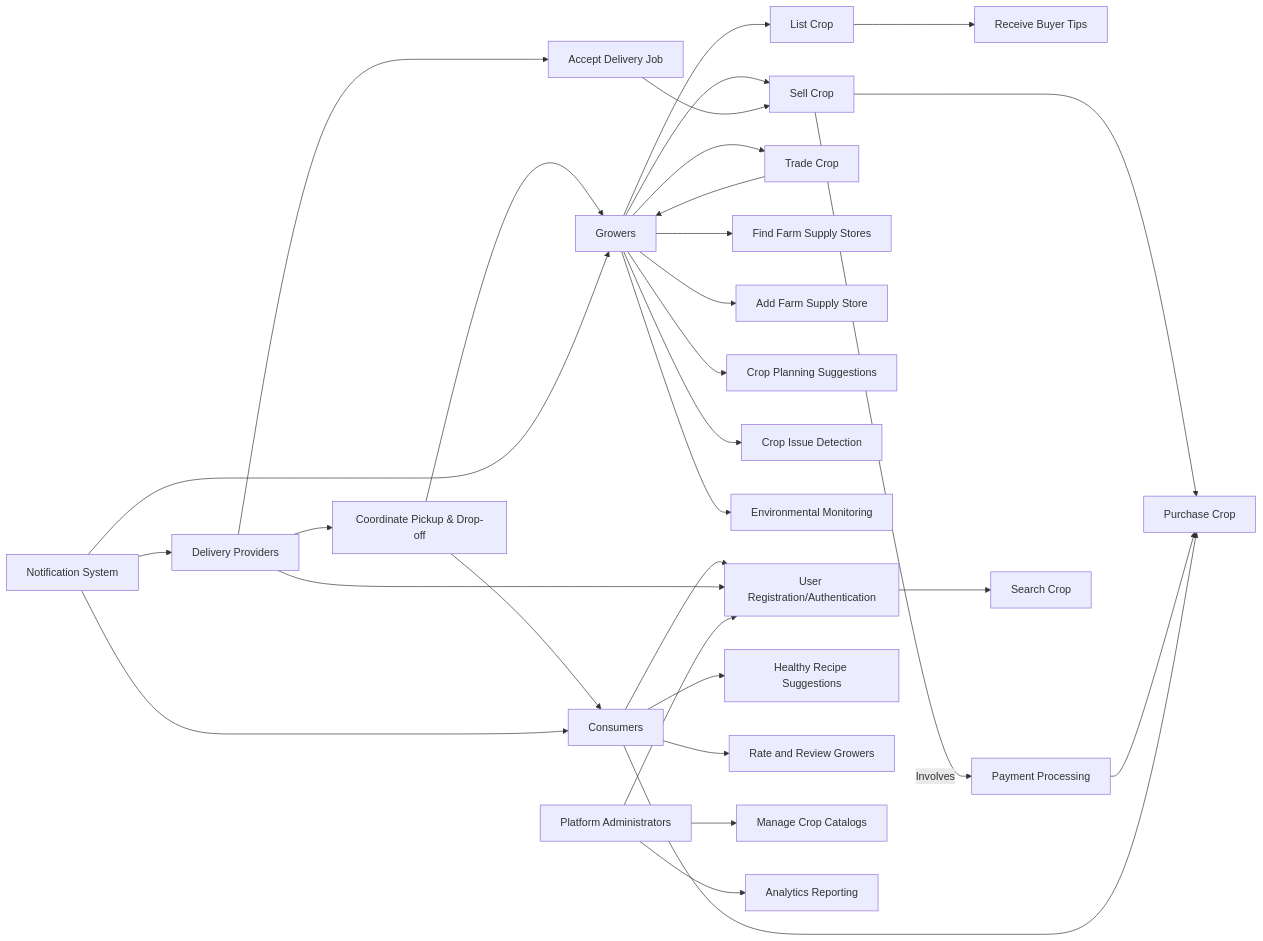
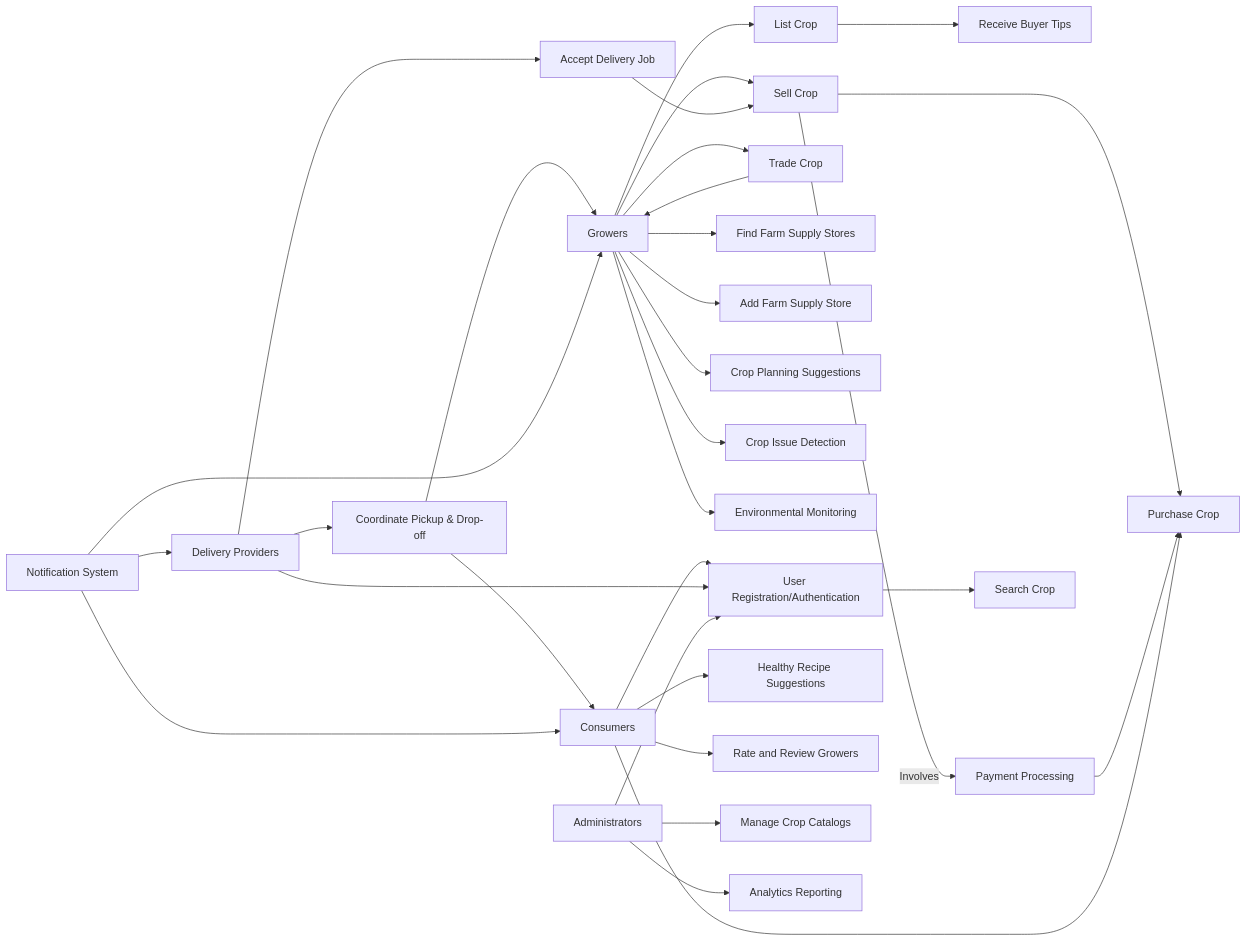
The first of 6 diagrams in README.md (harvesit/harvesit), drawn with Mermaid before and after one commit. The commit also changed other lines of this file, not shown here.

````diff
--- a/README.md
+++ b/README.md
@@ -133,39 +133,39 @@
 ```mermaid
 graph LR
     A[Growers] --> B1[List Crop]
     A --> B2[Sell Crop] 
     A --> B3[Trade Crop]
     A --> B4[Find Farm Supply Stores]
     A --> B5[Add Farm Supply Store]
     B1 --> B6[Receive Buyer Tips]
     A --> B7[Crop Planning Suggestions]
     A --> B8[Crop Issue Detection]
     A --> B9[Environmental Monitoring]
     B2 -->|Involves| P[Payment Processing]
     
     B2 --> D2[Purchase Crop]
     B3 --> A
     P --> D2
     
     F1[Accept Delivery Job] --> B2 
     F2[Coordinate Pickup & Drop-off] --> A
     
     C[Consumers] --> U[User Registration/Authentication]
     U --> D1[Search Crop]
     C --> D2
     C --> D3[Healthy Recipe Suggestions]  
     C --> D4[Rate and Review Growers]
     
     F2 --> C
     NS[Notification System] --> A
     NS --> C
     NS --> E
 
     E[Delivery Providers] --> F1
     E --> F2
     E --> U
 
-    G[Platform Administrators] --> H1[Manage Crop Catalogs] 
+    G[Administrators] --> H1[Manage Crop Catalogs] 
     G --> H2[Analytics Reporting]
     G --> U
 ```
````
